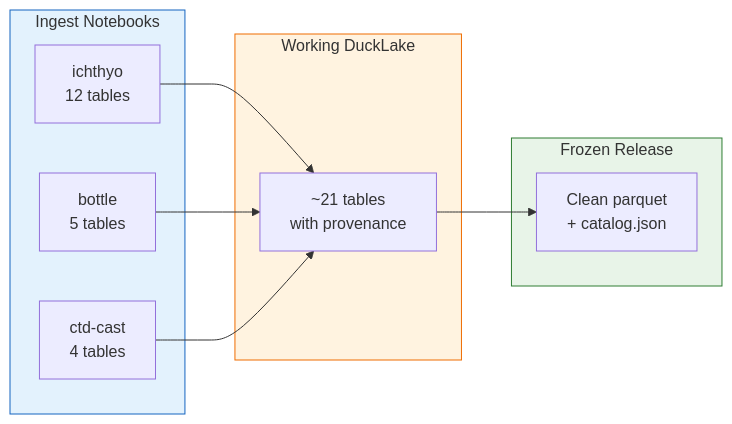
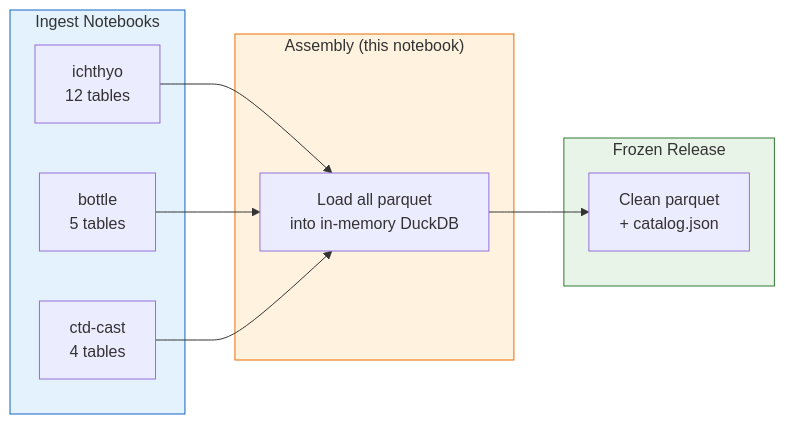
The diagram in release_database.qmd (CalCOFI/workflows), drawn with Mermaid before and after one commit. The commit also changed other lines of this file and 173 other files, not shown here.

Commit message:
ingest_swfsc_icthyo|calcofi_bottle|calcofi_ctd-cast|.qmd -> release_database.qmd

````diff
--- a/release_database.qmd
+++ b/release_database.qmd
@@ -28,25 +28,25 @@
 ```{mermaid}
 %%| label: fig-workflow
-%%| fig-cap: "Pipeline: ingest notebooks build Working DuckLake → release caboose creates frozen release"
+%%| fig-cap: "Pipeline: ingest notebooks produce parquet → release caboose assembles frozen release"
 
 flowchart LR
     subgraph ingest["Ingest Notebooks"]
         i1["ichthyo<br/>12 tables"]
         i2["bottle<br/>5 tables"]
         i3["ctd-cast<br/>4 tables"]
     end
-    subgraph wdl["Working DuckLake"]
-        w["~21 tables<br/>with provenance"]
+    subgraph assembly["Assembly (this notebook)"]
+        a["Load all parquet<br/>into in-memory DuckDB"]
     end
     subgraph release["Frozen Release"]
         f["Clean parquet<br/>+ catalog.json"]
     end
-    i1 --> w
-    i2 --> w
-    i3 --> w
-    w --> f
+    i1 --> a
+    i2 --> a
+    i3 --> a
+    a --> f
 
     style ingest fill:#e3f2fd,stroke:#1565c0
-    style wdl fill:#fff3e0,stroke:#ef6c00
+    style assembly fill:#fff3e0,stroke:#ef6c00
     style release fill:#e8f4e8,stroke:#2e7d32
 ```
````
